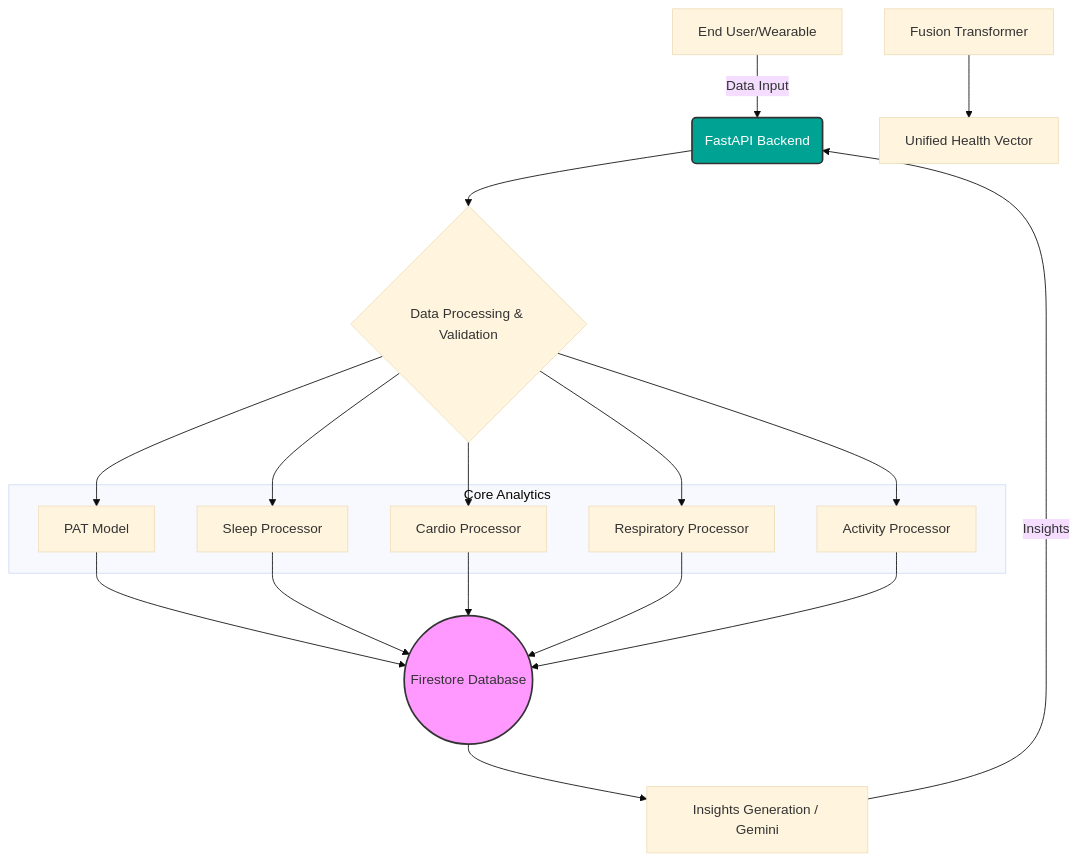
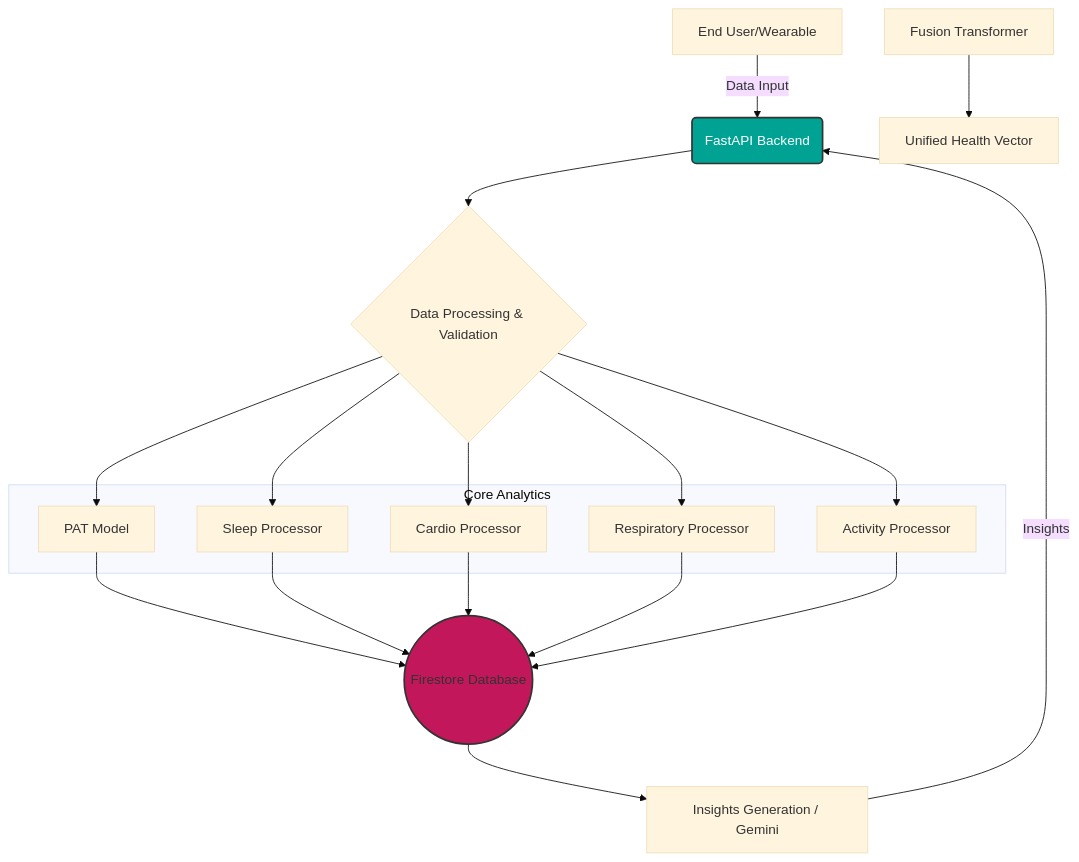
The diagram in README.md (Clairty-Digital-Twin/clarity-loop-backend), drawn with Mermaid (base theme) before and after one commit. The commit also changed other lines of this file and 2 other files, not shown here.

````diff
--- a/README.md
+++ b/README.md
@@ -143,19 +147,19 @@
 ```mermaid
 graph TD
     A[End User/Wearable] -->|Data Input| B(FastAPI Backend);
     B --> C{Data Processing & Validation};
     C --> D[PAT Model];
     C --> E[Sleep Processor];
     C --> F[Cardio Processor];
     C --> G[Respiratory Processor];
     C --> H[Activity Processor];
     subgraph Core Analytics
         D; E; F; G; H;
     end
     I[Fusion Transformer] --> J[Unified Health Vector];
     D & E & F & G & H --> K((Firestore Database));
     K --> L[Insights Generation / Gemini];
     L -->|Insights| B;
     style B fill:#00a393,stroke:#333,stroke-width:2px,color:#fff;
-    style K fill:#f9f,stroke:#333,stroke-width:2px;
+    style K fill:#c2185b,stroke:#333,stroke-width:2px;
 ```
````
